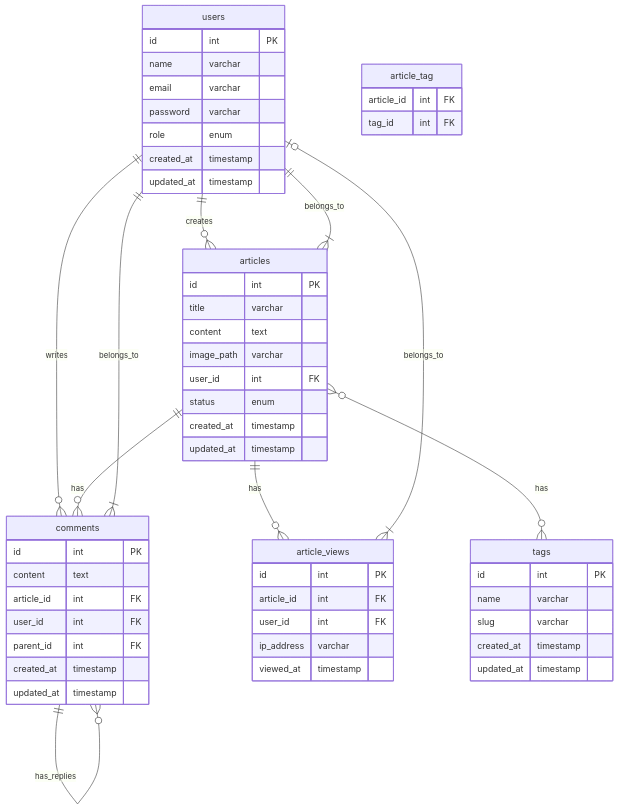
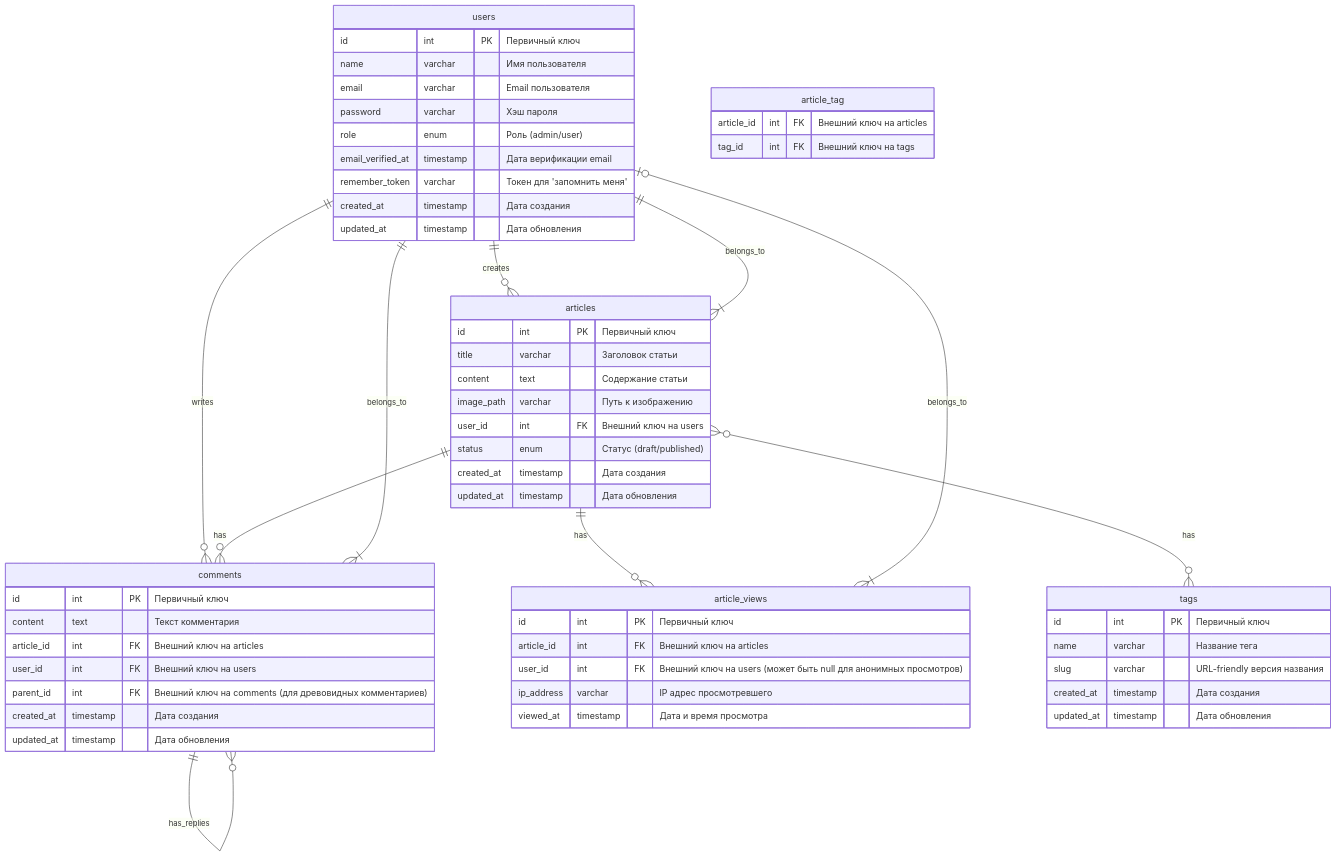
The diagram in database/ER-diagram.md (zart227/laravel-news-blog), drawn with Mermaid before and after one commit. The commit also changed 75 other files, not shown here.

````diff
--- a/database/ER-diagram.md
+++ b/database/ER-diagram.md
@@ -1,64 +1,66 @@
 ```mermaid
 erDiagram
     users ||--o{ articles : "creates"
     users ||--o{ comments : "writes"
     articles ||--o{ comments : "has"
     articles ||--o{ article_views : "has"
     articles }|--|| users : "belongs_to"
     comments }|--|| users : "belongs_to"
     comments ||--o{ comments : "has_replies"
     articles }o--o{ tags : "has"
     article_views }|--o| users : "belongs_to"
 
     users {
-        id int PK
-        name varchar
-        email varchar
-        password varchar
-        role enum
-        created_at timestamp
-        updated_at timestamp
+        id int PK "Первичный ключ"
+        name varchar "Имя пользователя"
+        email varchar "Email пользователя"
+        password varchar "Хэш пароля"
+        role enum "Роль (admin/user)"
+        email_verified_at timestamp "Дата верификации email"
+        remember_token varchar "Токен для 'запомнить меня'"
+        created_at timestamp "Дата создания"
+        updated_at timestamp "Дата обновления"
     }
 
     articles {
-        id int PK
-        title varchar
-        content text
-        image_path varchar
-        user_id int FK
-        status enum
-        created_at timestamp
-        updated_at timestamp
+        id int PK "Первичный ключ"
+        title varchar "Заголовок статьи"
+        content text "Содержание статьи"
+        image_path varchar "Путь к изображению"
+        user_id int FK "Внешний ключ на users"
+        status enum "Статус (draft/published)"
+        created_at timestamp "Дата создания"
+        updated_at timestamp "Дата обновления"
     }
 
     comments {
-        id int PK
-        content text
-        article_id int FK
-        user_id int FK
-        parent_id int FK
-        created_at timestamp
-        updated_at timestamp
+        id int PK "Первичный ключ"
+        content text "Текст комментария"
+        article_id int FK "Внешний ключ на articles"
+        user_id int FK "Внешний ключ на users"
+        parent_id int FK "Внешний ключ на comments (для древовидных комментариев)"
+        created_at timestamp "Дата создания"
+        updated_at timestamp "Дата обновления"
     }
 
     article_views {
-        id int PK
-        article_id int FK
-        user_id int FK
-        ip_address varchar
-        viewed_at timestamp
+        id int PK "Первичный ключ"
+        article_id int FK "Внешний ключ на articles"
+        user_id int FK "Внешний ключ на users (может быть null для анонимных просмотров)"
+        ip_address varchar "IP адрес просмотревшего"
+        viewed_at timestamp "Дата и время просмотра"
     }
 
     tags {
-        id int PK
-        name varchar
-        slug varchar
-        created_at timestamp
-        updated_at timestamp
+        id int PK "Первичный ключ"
+        name varchar "Название тега"
+        slug varchar "URL-friendly версия названия"
+        created_at timestamp "Дата создания"
+        updated_at timestamp "Дата обновления"
     }
 
     article_tag {
-        article_id int FK
-        tag_id int FK
+        article_id int FK "Внешний ключ на articles"
+        tag_id int FK "Внешний ключ на tags"
     }
 ```
````
